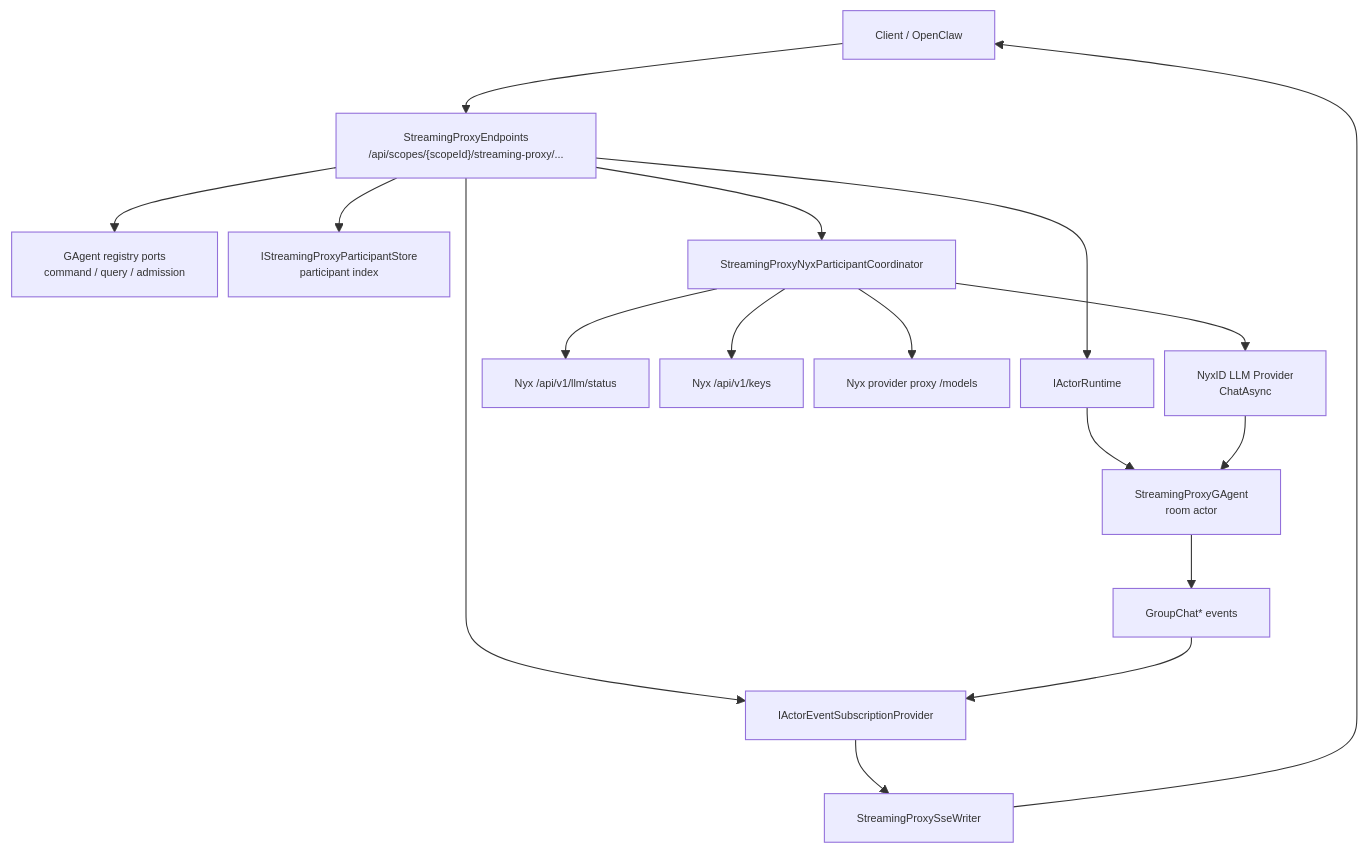
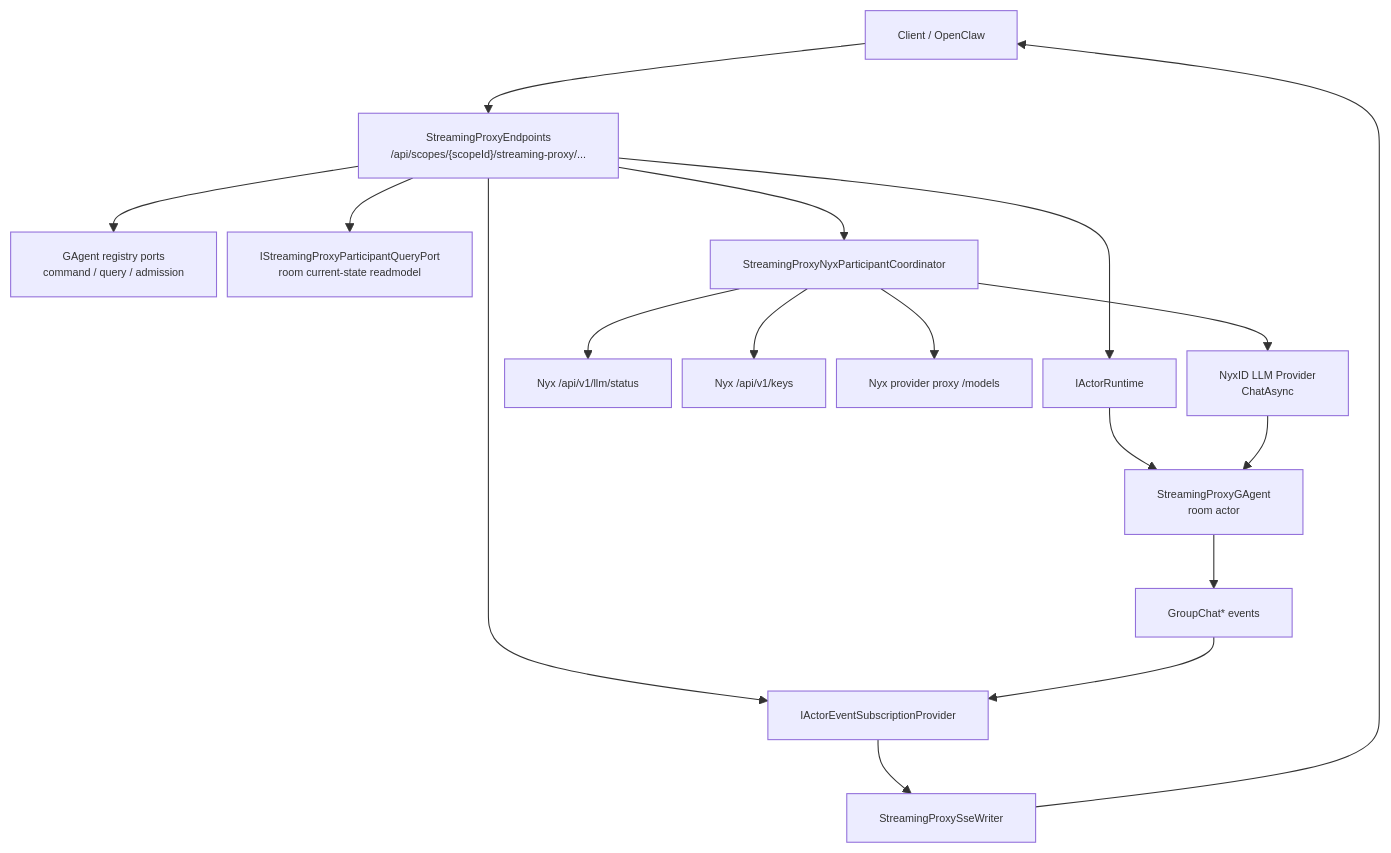
Before and after one commit to aevatarAI/aevatar: the first of 5 diagrams in docs/2026-04-02-streaming-proxy-flow.md, drawn with Mermaid. The commit also changed other lines of this file and 28 other files, not shown here.

````diff
--- a/docs/2026-04-02-streaming-proxy-flow.md
+++ b/docs/2026-04-02-streaming-proxy-flow.md
@@ -27,21 +27,21 @@
 ```mermaid
 %%{init: {"maxTextSize": 100000, "flowchart": {"useMaxWidth": false, "nodeSpacing": 10, "rankSpacing": 50}, "themeVariables": {"fontSize": "10px"}}}%%
 flowchart TB
     CL["Client / OpenClaw"] --> API["StreamingProxyEndpoints\n/api/scopes/{scopeId}/streaming-proxy/..."]
     API --> REG["GAgent registry ports\ncommand / query / admission"]
-    API --> PSTORE["IStreamingProxyParticipantStore\nparticipant index"]
+    API --> PQUERY["IStreamingProxyParticipantQueryPort\nroom current-state readmodel"]
     API --> RT["IActorRuntime"]
     RT --> ACT["StreamingProxyGAgent\nroom actor"]
     API --> SUB["IActorEventSubscriptionProvider"]
     ACT --> EVT["GroupChat* events"]
     EVT --> SUB
     SUB --> SSE["StreamingProxySseWriter"]
     SSE --> CL
 
     API --> NYX["StreamingProxyNyxParticipantCoordinator"]
     NYX --> STATUS["Nyx /api/v1/llm/status"]
     NYX --> KEYS["Nyx /api/v1/keys"]
     NYX --> MODELS["Nyx provider proxy /models"]
     NYX --> LLM["NyxID LLM Provider\nChatAsync"]
     LLM --> ACT
 ```
````
